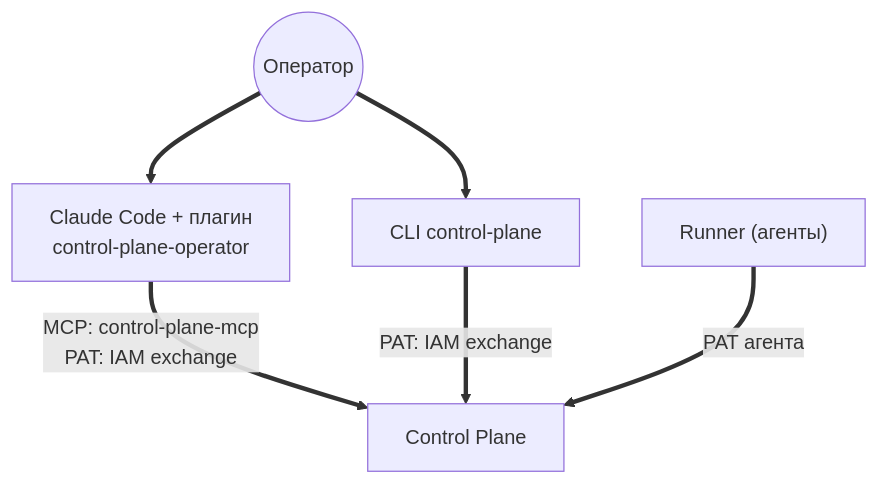
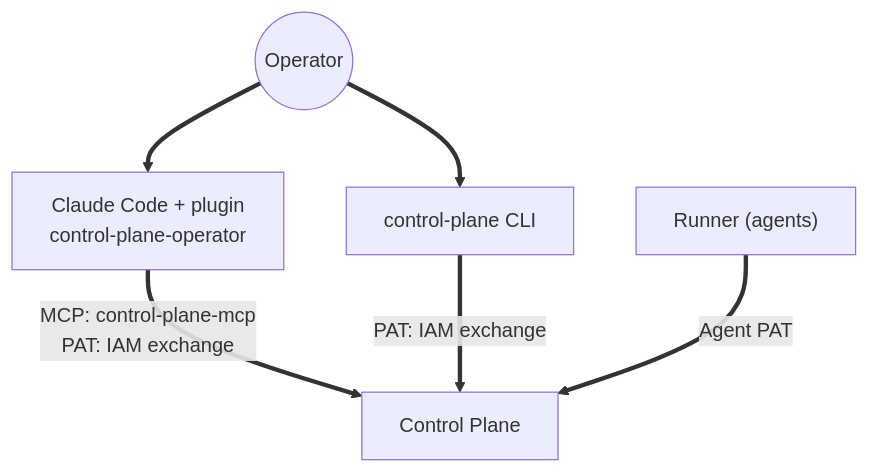
The diagram in guide/docs/operator/index.md (monthu56/taimen), drawn with Mermaid before and after one commit. The commit also changed other lines of this file and 183 other files, not shown here.

````diff
--- a/guide/docs/operator/index.md
+++ b/guide/docs/operator/index.md
@@ -29,9 +31,9 @@
 ```mermaid
 flowchart TB
-    H(("Оператор"))
-    H ==> P["Claude Code + плагин<br/>control-plane-operator"]
-    H ==> L["CLI control-plane"]
+    H(("Operator"))
+    H ==> P["Claude Code + plugin<br/>control-plane-operator"]
+    H ==> L["control-plane CLI"]
     P == "MCP: control-plane-mcp<br/>PAT: IAM exchange" ==> CP["Control Plane"]
     L == "PAT: IAM exchange" ==> CP
-    R["Runner (агенты)"] == "PAT агента" ==> CP
+    R["Runner (agents)"] == "Agent PAT" ==> CP
 ```
````
